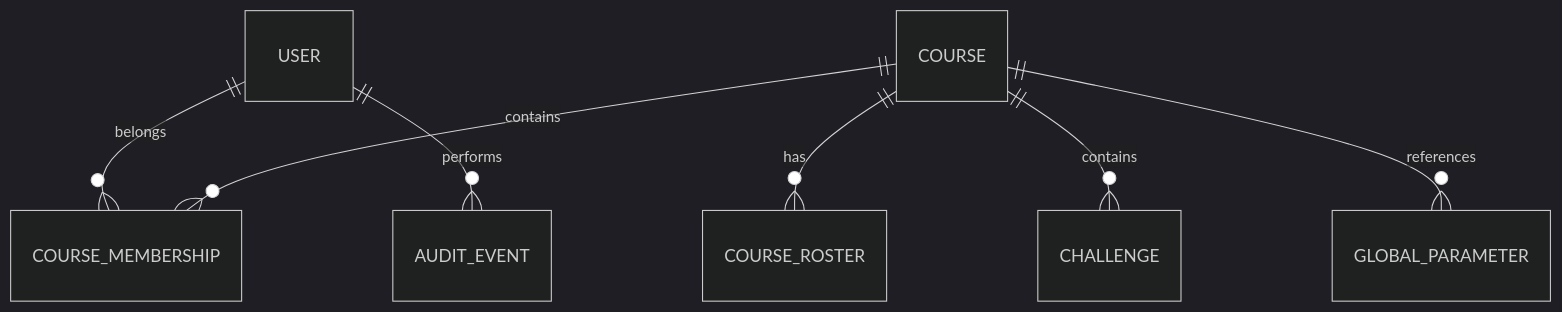
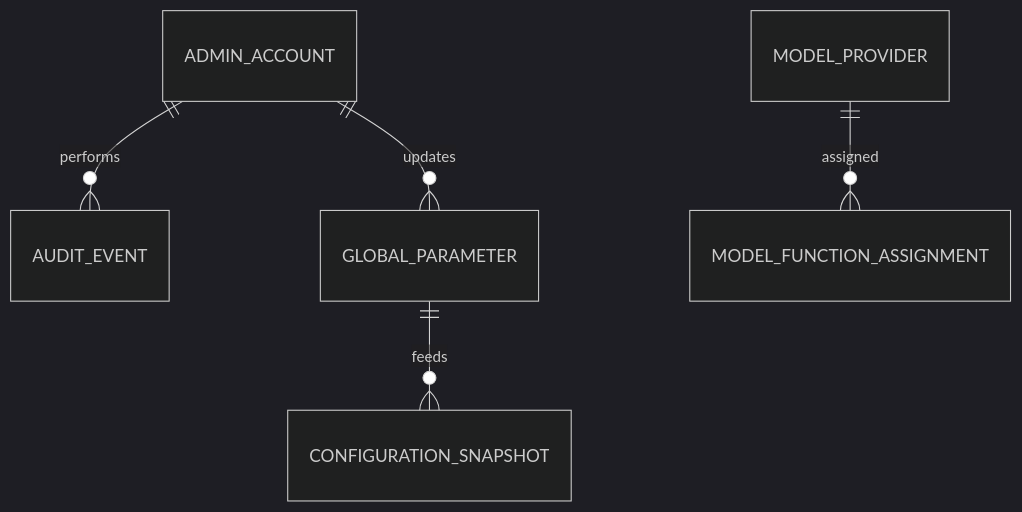
One commit to 2W2-114324-Carballo-Juarez-Mateo/backoffice-docs changed the diagram in docs/backend/datos/modelo.md. Above: the diagram before and after it, drawn with Mermaid (dark theme). The commit also changed other lines of this file and 13 other files, not shown here.

Commit message:
docs: alinear alcance al BackOffice oficial (4 servicios: Identity&Access, Administration&Configuration, Reporting&Analytics, Audit) — sin cursos/desafíos/usuarios/avatar

````diff
--- a/docs/backend/datos/modelo.md
+++ b/docs/backend/datos/modelo.md
@@ -95,9 +95,7 @@
 ```mermaid
 erDiagram
-    USER ||--o{ COURSE_MEMBERSHIP : belongs
-    COURSE ||--o{ COURSE_MEMBERSHIP : contains
-    COURSE ||--o{ COURSE_ROSTER : has
-    COURSE ||--o{ CHALLENGE : contains
-    COURSE ||--o{ GLOBAL_PARAMETER : references
-    USER ||--o{ AUDIT_EVENT : performs
+    ADMIN_ACCOUNT ||--o{ AUDIT_EVENT : performs
+    ADMIN_ACCOUNT ||--o{ GLOBAL_PARAMETER : updates
+    MODEL_PROVIDER ||--o{ MODEL_FUNCTION_ASSIGNMENT : assigned
+    GLOBAL_PARAMETER ||--o{ CONFIGURATION_SNAPSHOT : feeds
 ```
````
